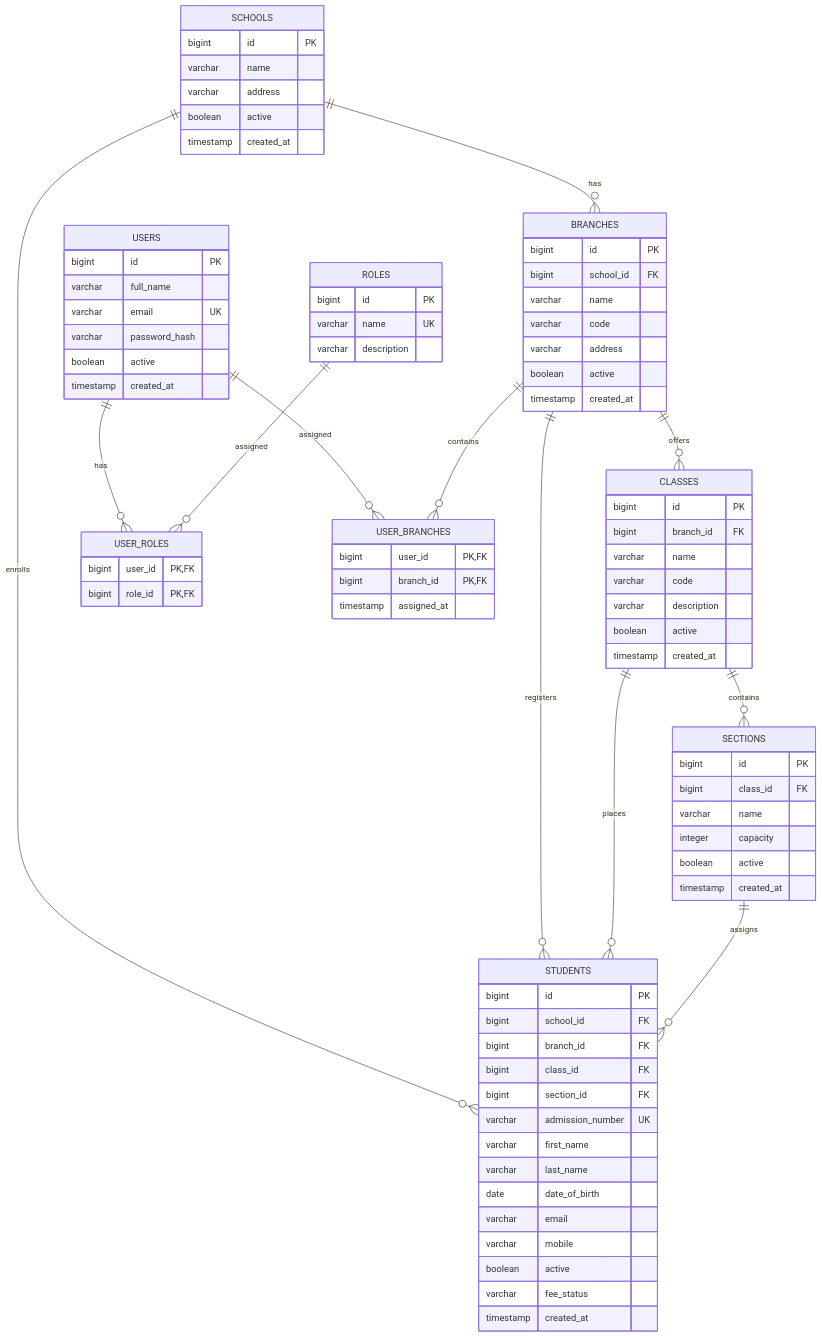
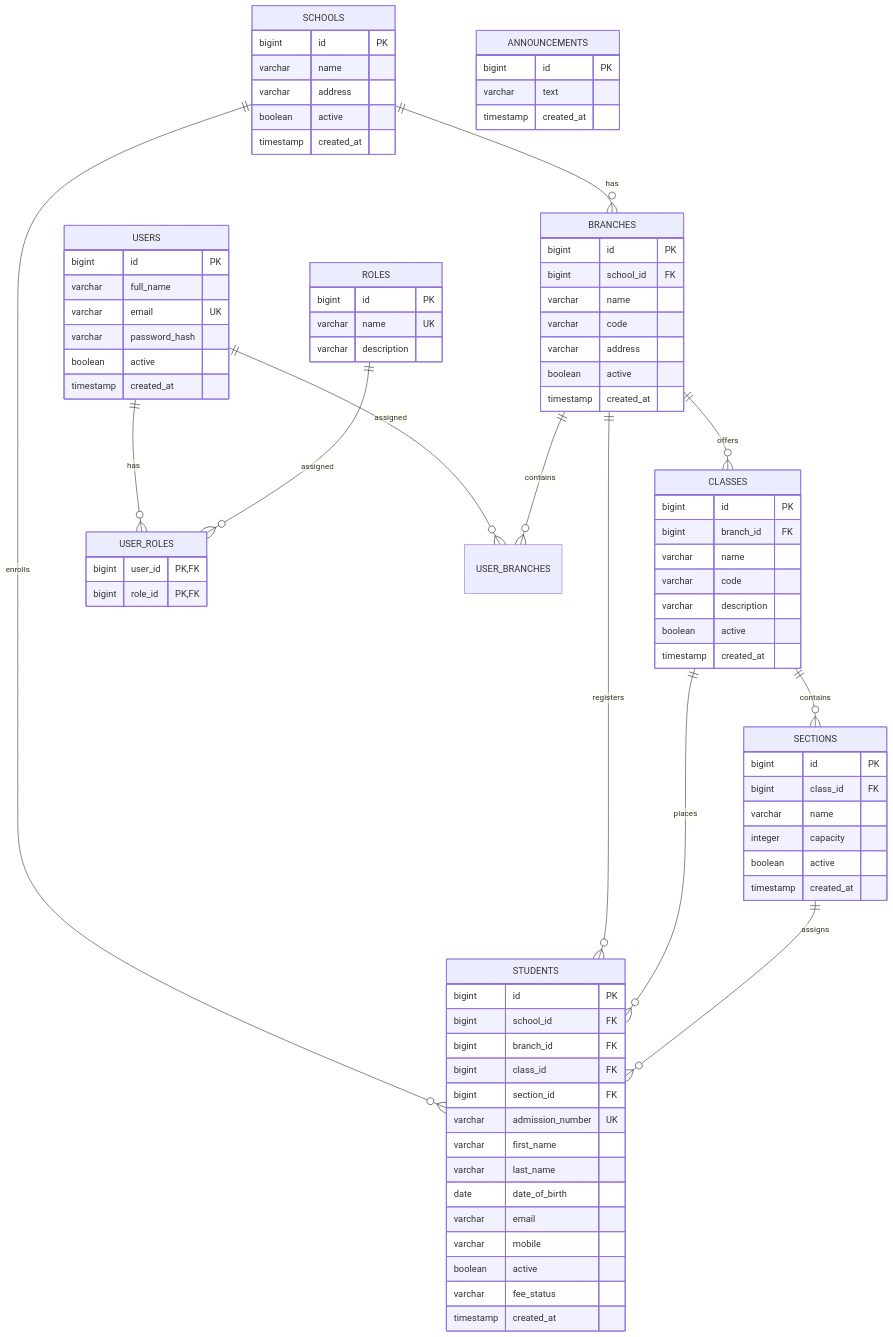
Before and after one commit to anand7079/school_erp_demo: the diagram in docs/database/er-diagram.md, drawn with Mermaid. The commit also changed 8 other files, not shown here.

````diff
--- a/docs/database/er-diagram.md
+++ b/docs/database/er-diagram.md
@@ -88,9 +88,9 @@
         bigint role_id PK, FK
     }
 
-    USER_BRANCHES {
-        bigint user_id PK, FK
-        bigint branch_id PK, FK
-        timestamp assigned_at
+    ANNOUNCEMENTS {
+        bigint id PK
+        varchar text
+        timestamp created_at
     }
 ```
````
